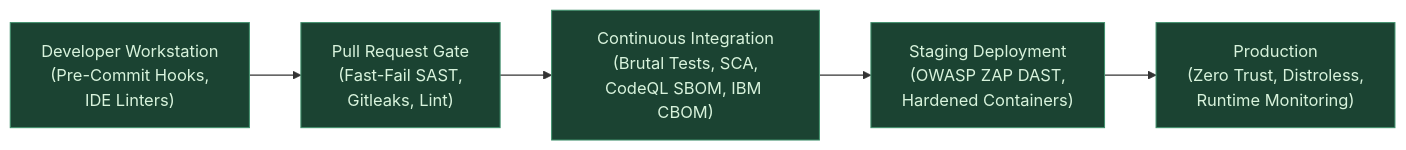
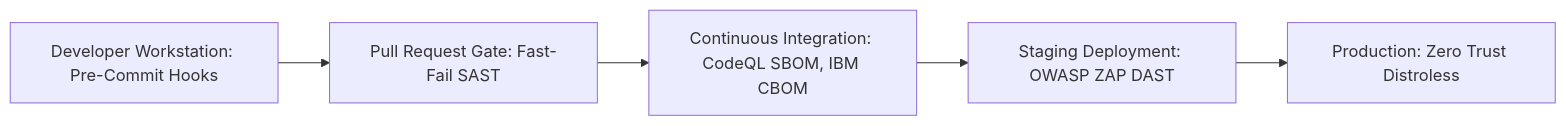
One commit to 0x4rc4n3/ScatterID changed the first of 2 diagrams in docs/DEVSECOPS_GUIDE.md. Above: the diagram before and after it, drawn with Mermaid. The commit also changed other lines of this file and 1 other file, not shown here.

Commit message:
docs: fix Mermaid syntax for GitHub rich display rendering

````diff
--- a/docs/DEVSECOPS_GUIDE.md
+++ b/docs/DEVSECOPS_GUIDE.md
@@ -20,10 +20,7 @@
 ```mermaid
 flowchart LR
-    A["Developer Workstation<br/>(Pre-Commit Hooks,<br/>IDE Linters)"] --> B["Pull Request Gate<br/>(Fast-Fail SAST,<br/>Gitleaks, Lint)"]
-    B --> C["Continuous Integration<br/>(Brutal Tests, SCA,<br/>CodeQL SBOM, IBM CBOM)"]
-    C --> D["Staging Deployment<br/>(OWASP ZAP DAST,<br/>Hardened Containers)"]
-    D --> E["Production<br/>(Zero Trust, Distroless,<br/>Runtime Monitoring)"]
-
-    classDef pass fill:#1b4332,stroke:#40916c,color:#d8f3dc;
-    class A,B,C,D,E pass;
+    A["Developer Workstation: Pre-Commit Hooks"] --> B["Pull Request Gate: Fast-Fail SAST"]
+    B --> C["Continuous Integration: CodeQL SBOM, IBM CBOM"]
+    C --> D["Staging Deployment: OWASP ZAP DAST"]
+    D --> E["Production: Zero Trust Distroless"]
 ```
````
